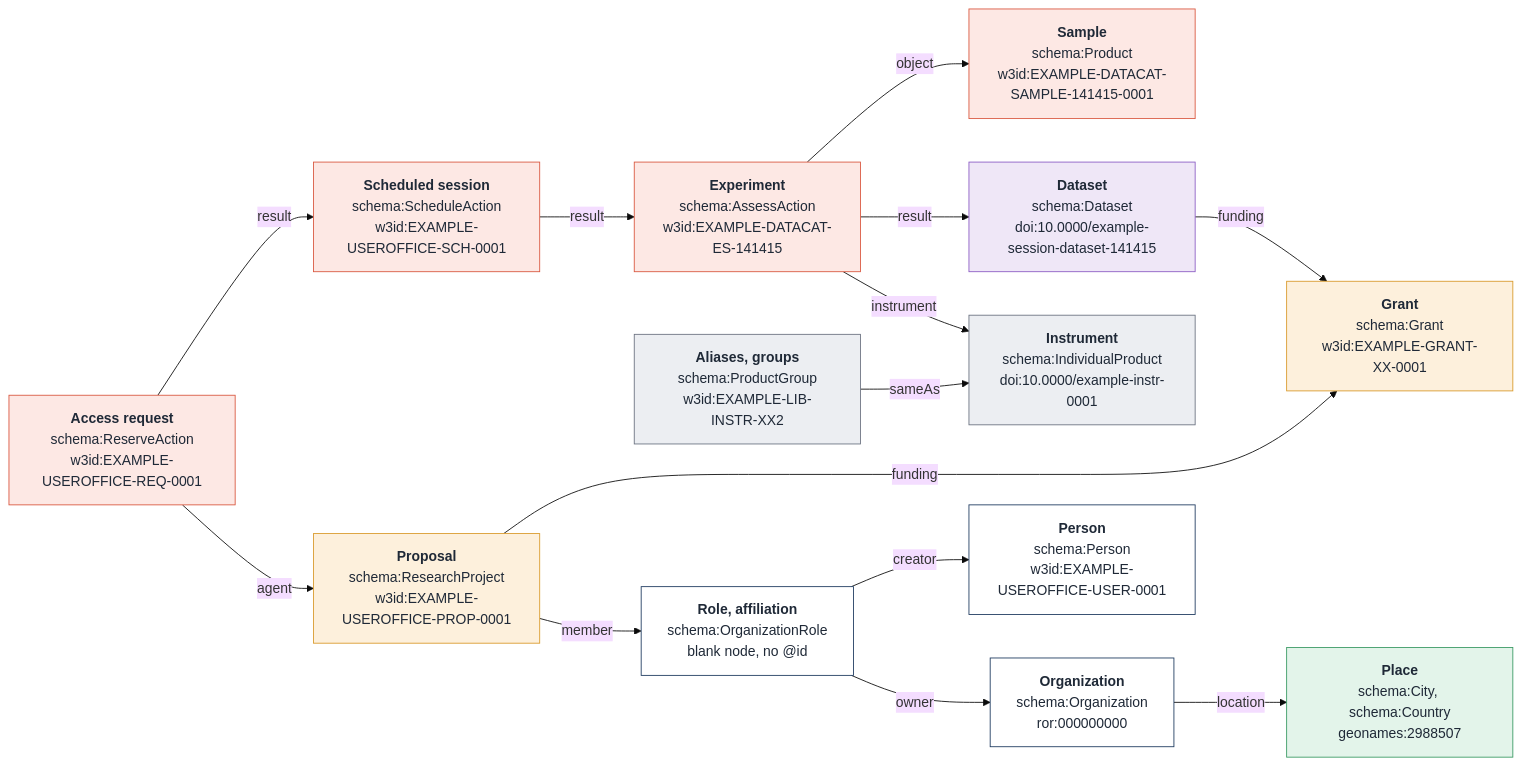
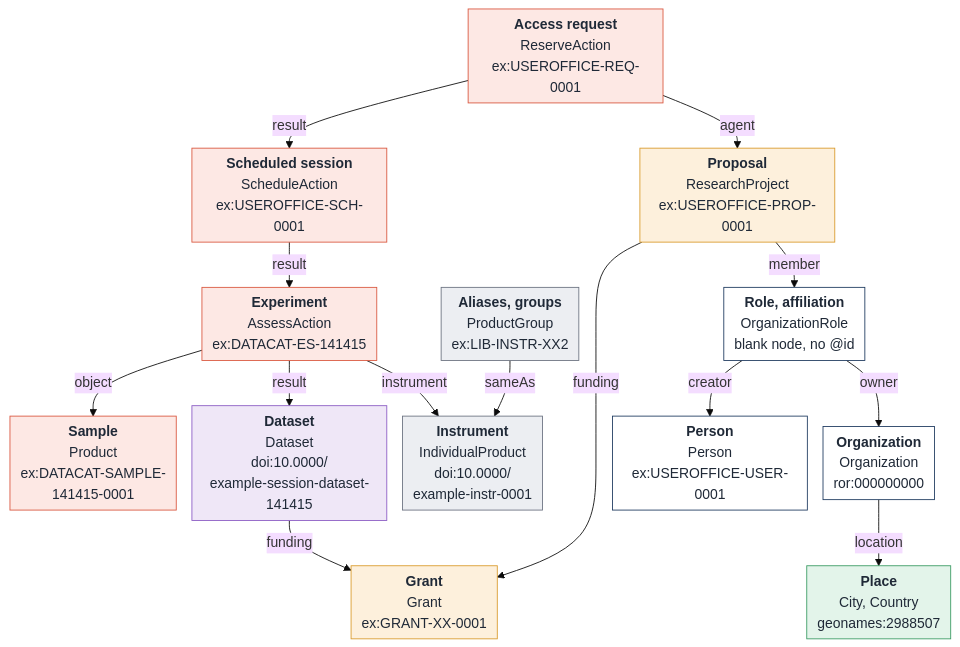
One commit to openfacility/.github changed the first of 2 diagrams in profile/README.md. Above: the diagram before and after it, drawn with Mermaid (base theme). The commit also changed other lines of this file, not shown here.

Commit message:
Compact the two graphs on the profile page
Shorter labels (ex: prefix, no schema: prefix, long ids wrapped),
tighter spacing, facility graph top to bottom, so both read at page width.

````diff
--- a/profile/README.md
+++ b/profile/README.md
@@ -29,42 +29,43 @@
 ```mermaid
-flowchart LR
-  req["<b>Access request</b><br/>schema:ReserveAction<br/>w3id:EXAMPLE-USEROFFICE-REQ-0001"]
-  ses["<b>Scheduled session</b><br/>schema:ScheduleAction<br/>w3id:EXAMPLE-USEROFFICE-SCH-0001"]
-  exp["<b>Experiment</b><br/>schema:AssessAction<br/>w3id:EXAMPLE-DATACAT-ES-141415"]
-  smp["<b>Sample</b><br/>schema:Product<br/>w3id:EXAMPLE-DATACAT-SAMPLE-141415-0001"]
-  prop["<b>Proposal</b><br/>schema:ResearchProject<br/>w3id:EXAMPLE-USEROFFICE-PROP-0001"]
-  grant["<b>Grant</b><br/>schema:Grant<br/>w3id:EXAMPLE-GRANT-XX-0001"]
-  ins["<b>Instrument</b><br/>schema:IndividualProduct<br/>doi:10.0000/example-instr-0001"]
-  ds["<b>Dataset</b><br/>schema:Dataset<br/>doi:10.0000/example-session-dataset-141415"]
-  ali["<b>Aliases, groups</b><br/>schema:ProductGroup<br/>w3id:EXAMPLE-LIB-INSTR-XX2"]
-  role["<b>Role, affiliation</b><br/>schema:OrganizationRole<br/>blank node, no @id"]
-  per["<b>Person</b><br/>schema:Person<br/>w3id:EXAMPLE-USEROFFICE-USER-0001"]
-  org["<b>Organization</b><br/>schema:Organization<br/>ror:000000000"]
-  pla["<b>Place</b><br/>schema:City, schema:Country<br/>geonames:2988507"]
+%%{init: {"flowchart": {"nodeSpacing": 18, "rankSpacing": 28, "padding": 6}}}%%
+flowchart TB
+  req["<b>Access request</b><br/>ReserveAction<br/>ex:USEROFFICE-REQ-0001"]
+  ses["<b>Scheduled session</b><br/>ScheduleAction<br/>ex:USEROFFICE-SCH-0001"]
+  exp["<b>Experiment</b><br/>AssessAction<br/>ex:DATACAT-ES-141415"]
+  smp["<b>Sample</b><br/>Product<br/>ex:DATACAT-SAMPLE-<br/>141415-0001"]
+  prop["<b>Proposal</b><br/>ResearchProject<br/>ex:USEROFFICE-PROP-0001"]
+  grant["<b>Grant</b><br/>Grant<br/>ex:GRANT-XX-0001"]
+  ins["<b>Instrument</b><br/>IndividualProduct<br/>doi:10.0000/<br/>example-instr-0001"]
+  ds["<b>Dataset</b><br/>Dataset<br/>doi:10.0000/<br/>example-session-dataset-141415"]
+  ali["<b>Aliases, groups</b><br/>ProductGroup<br/>ex:LIB-INSTR-XX2"]
+  role["<b>Role, affiliation</b><br/>OrganizationRole<br/>blank node, no @id"]
+  per["<b>Person</b><br/>Person<br/>ex:USEROFFICE-USER-0001"]
+  org["<b>Organization</b><br/>Organization<br/>ror:000000000"]
+  pla["<b>Place</b><br/>City, Country<br/>geonames:2988507"]
 
   req -- result --> ses -- result --> exp
   exp -- object --> smp
   exp -- result --> ds
   exp -- instrument --> ins
   req -- agent --> prop
   prop -- funding --> grant
   ds -- funding --> grant
   ali -- sameAs --> ins
   prop -- member --> role
   role -- creator --> per
   role -- owner --> org
   org -- location --> pla
 
   classDef session fill:#fde8e4,stroke:#d9573f,color:#1f2937
   classDef project fill:#fdf0dc,stroke:#d99a2b,color:#1f2937
   classDef instrument fill:#eceef2,stroke:#6b7280,color:#1f2937
   classDef dataset fill:#efe7f7,stroke:#8b5cc4,color:#1f2937
   classDef agent fill:#ffffff,stroke:#1e3a5f,color:#1f2937
   classDef place fill:#e3f4ea,stroke:#3a9a63,color:#1f2937
   class req,ses,exp,smp session
   class prop,grant project
   class ins,ali instrument
   class ds dataset
   class role,per,org agent
   class pla place
 ```
````
